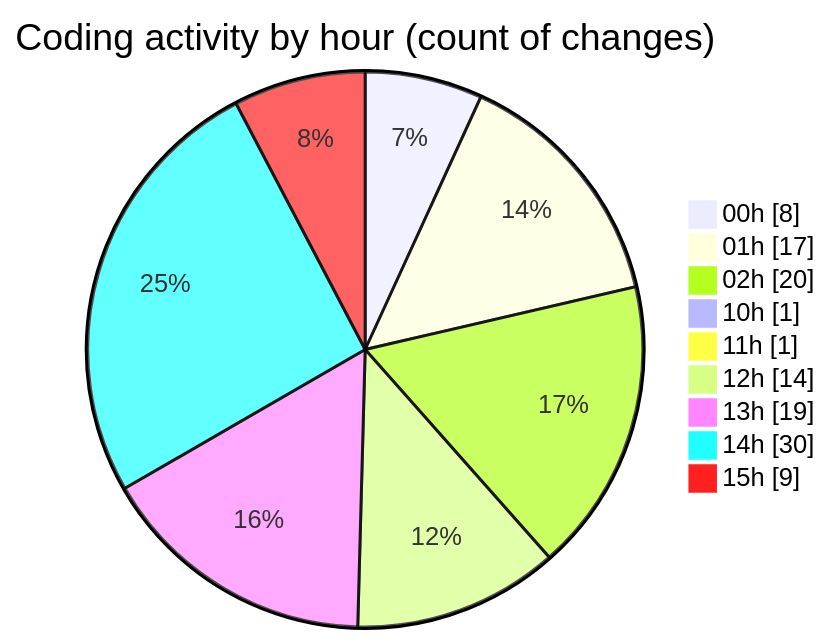
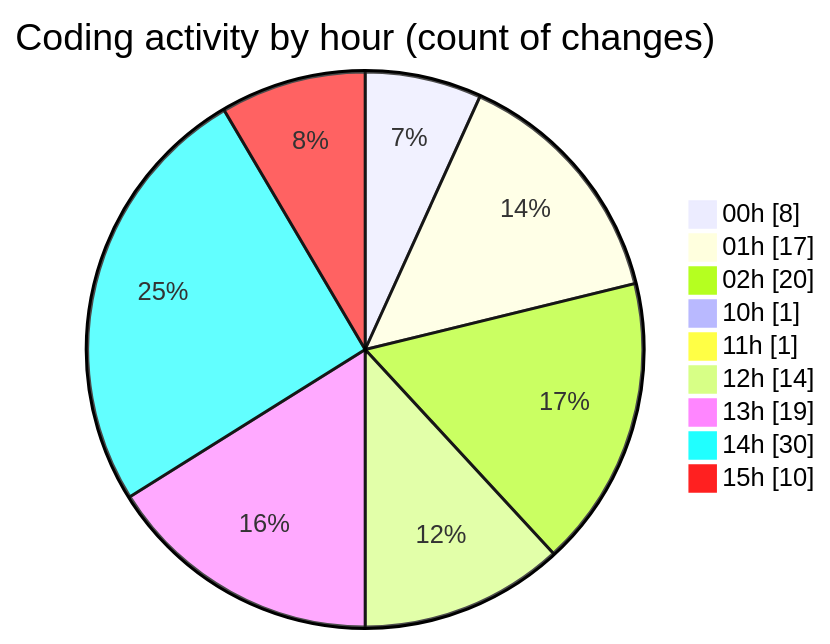
One commit to Elitesun/code-tracking changed the second of 2 diagrams in 2025-05-02/niten/README.md. Above: the diagram before and after it, drawn with Mermaid. The commit also changed other lines of this file and 1 other file, not shown here.

````diff
--- a/2025-05-02/niten/README.md
+++ b/2025-05-02/niten/README.md
@@ -64,13 +64,13 @@
 ```mermaid
 pie showData
 title Coding activity by hour (count of changes)
 "00h" : 8
 "01h" : 17
 "02h" : 20
 "10h" : 1
 "11h" : 1
 "12h" : 14
 "13h" : 19
 "14h" : 30
-"15h" : 9
+"15h" : 10
 ```
````
